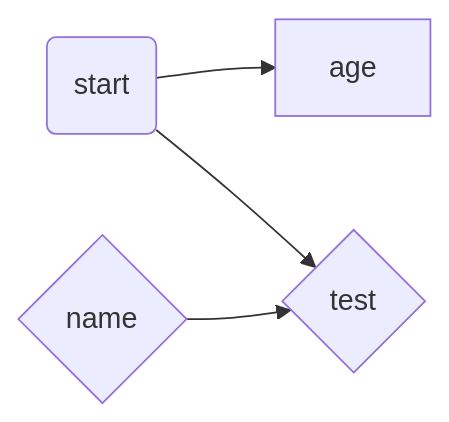
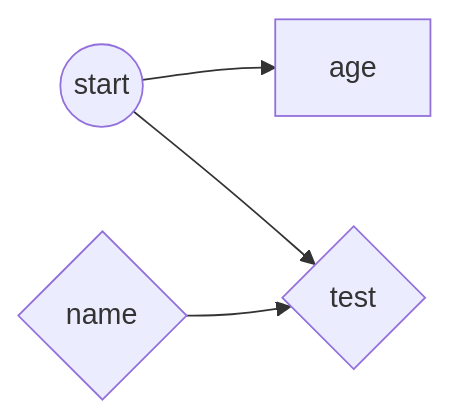
One commit to Alex-Rafter/wiki changed the diagram in daily/2023-04-23.md. Above: the diagram before and after it, drawn with Mermaid.

````diff
--- a/daily/2023-04-23.md
+++ b/daily/2023-04-23.md
@@ -5,6 +5,6 @@
 ```mermaid
 graph LR;
-    A(start)-->B[age];
+    A((start))-->B[age];
     C{name}-->D;
     A-->D{test};
 ```
````
